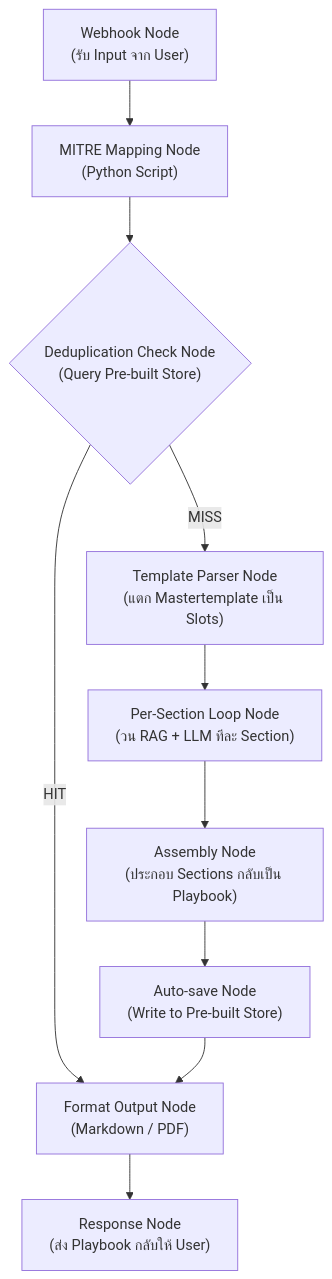
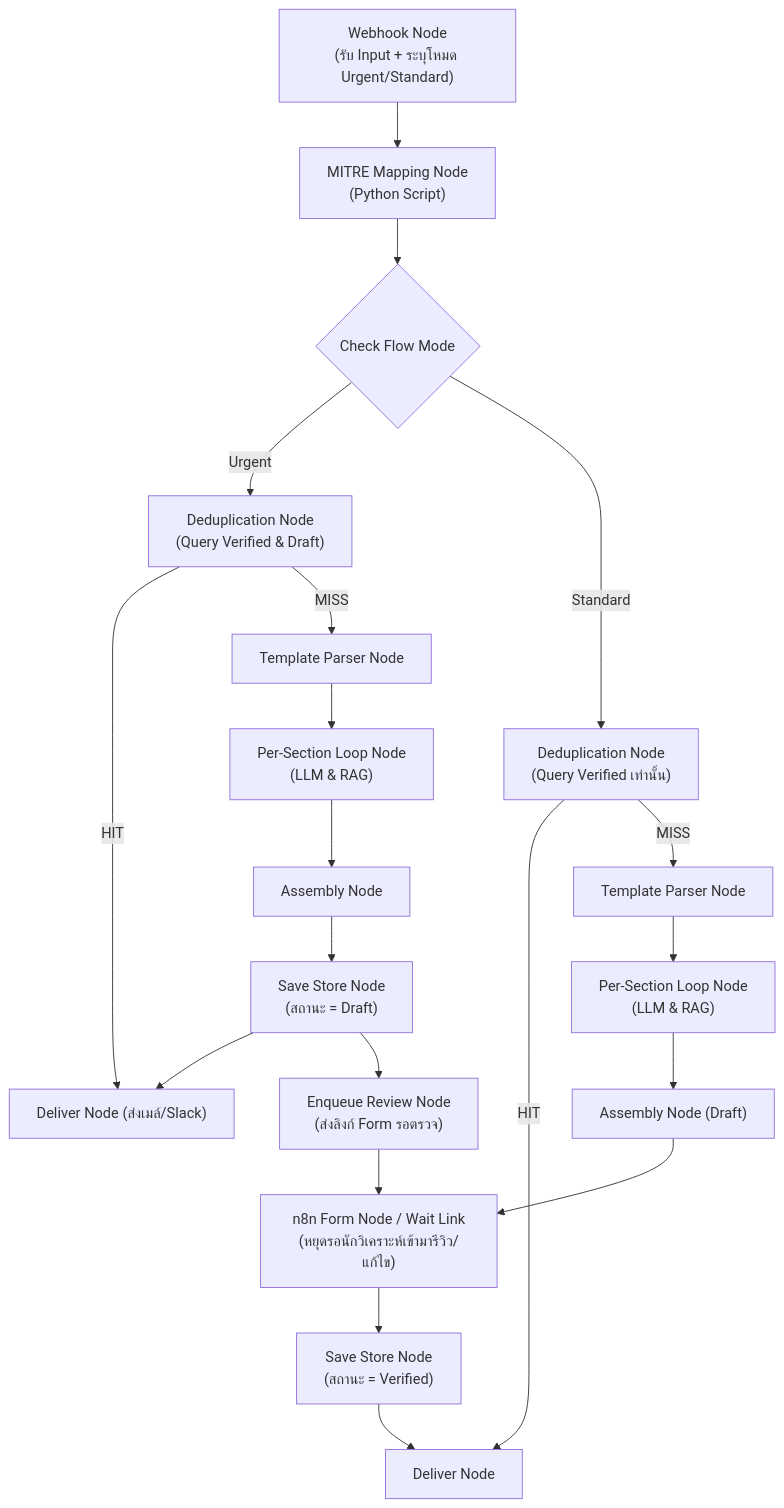
Before and after one commit to Chaithawatcer/omnissiah-playbook-workflow: the sixth of 12 diagrams in architecture.md, drawn with Mermaid. The commit also changed other lines of this file, not shown here.

Commit message:
Update architecture for Playbook Development Lifecycle and dual-flow workflows

````diff
--- a/architecture.md
+++ b/architecture.md
@@ -199,16 +218,29 @@
 ```mermaid
 graph TD
-    A["Webhook Node\n(รับ Input จาก User)"]
+    A["Webhook Node\n(รับ Input + ระบุโหมด Urgent/Standard)"]
     B["MITRE Mapping Node\n(Python Script)"]
-    C{"Deduplication Check Node\n(Query Pre-built Store)"}
-    D["Template Parser Node\n(แตก Mastertemplate เป็น Slots)"]
-    E["Per-Section Loop Node\n(วน RAG + LLM ทีละ Section)"]
-    F["Assembly Node\n(ประกอบ Sections กลับเป็น Playbook)"]
-    G["Auto-save Node\n(Write to Pre-built Store)"]
-    H["Format Output Node\n(Markdown / PDF)"]
-    I["Response Node\n(ส่ง Playbook กลับให้ User)"]
+    C{"Check Flow Mode"}
+    
+    %% Urgent Path in n8n
+    C -- "Urgent" --> D_urg["Deduplication Node\n(Query Verified & Draft)"]
+    D_urg -- "HIT" --> H_urg["Deliver Node (ส่งเมล์/Slack)"]
+    D_urg -- "MISS" --> E_urg["Template Parser Node"]
+    E_urg --> F_urg["Per-Section Loop Node\n(LLM & RAG)"]
+    F_urg --> G_urg["Assembly Node"]
+    G_urg --> S_urg["Save Store Node\n(สถานะ = Draft)"]
+    S_urg --> H_urg
+    S_urg --> Q_urg["Enqueue Review Node\n(ส่งลิงก์ Form รอตรวจ)"]
 
+    %% Standard Path in n8n
+    C -- "Standard" --> D_std["Deduplication Node\n(Query Verified เท่านั้น)"]
+    D_std -- "HIT" --> H_std["Deliver Node"]
+    D_std -- "MISS" --> E_std["Template Parser Node"]
+    E_std --> F_std["Per-Section Loop Node\n(LLM & RAG)"]
+    F_std --> G_std["Assembly Node (Draft)"]
+    G_std --> W_std["n8n Form Node / Wait Link\n(หยุดรอนักวิเคราะห์เข้ามารีวิว/แก้ไข)"]
+    W_std --> S_std["Save Store Node\n(สถานะ = Verified)"]
+    S_std --> H_std
+    
+    Q_urg --> W_std
     A --> B --> C
-    C -- "HIT" --> H
-    C -- "MISS" --> D --> E --> F --> G --> H --> I
 ```
````
